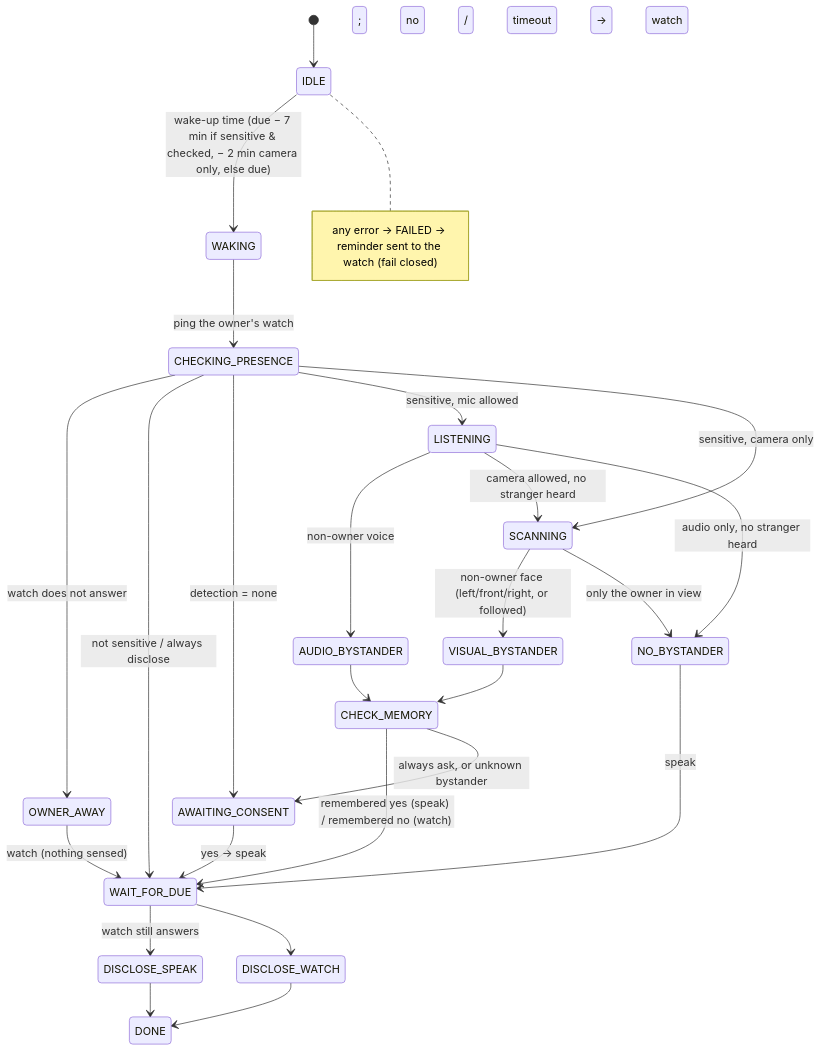
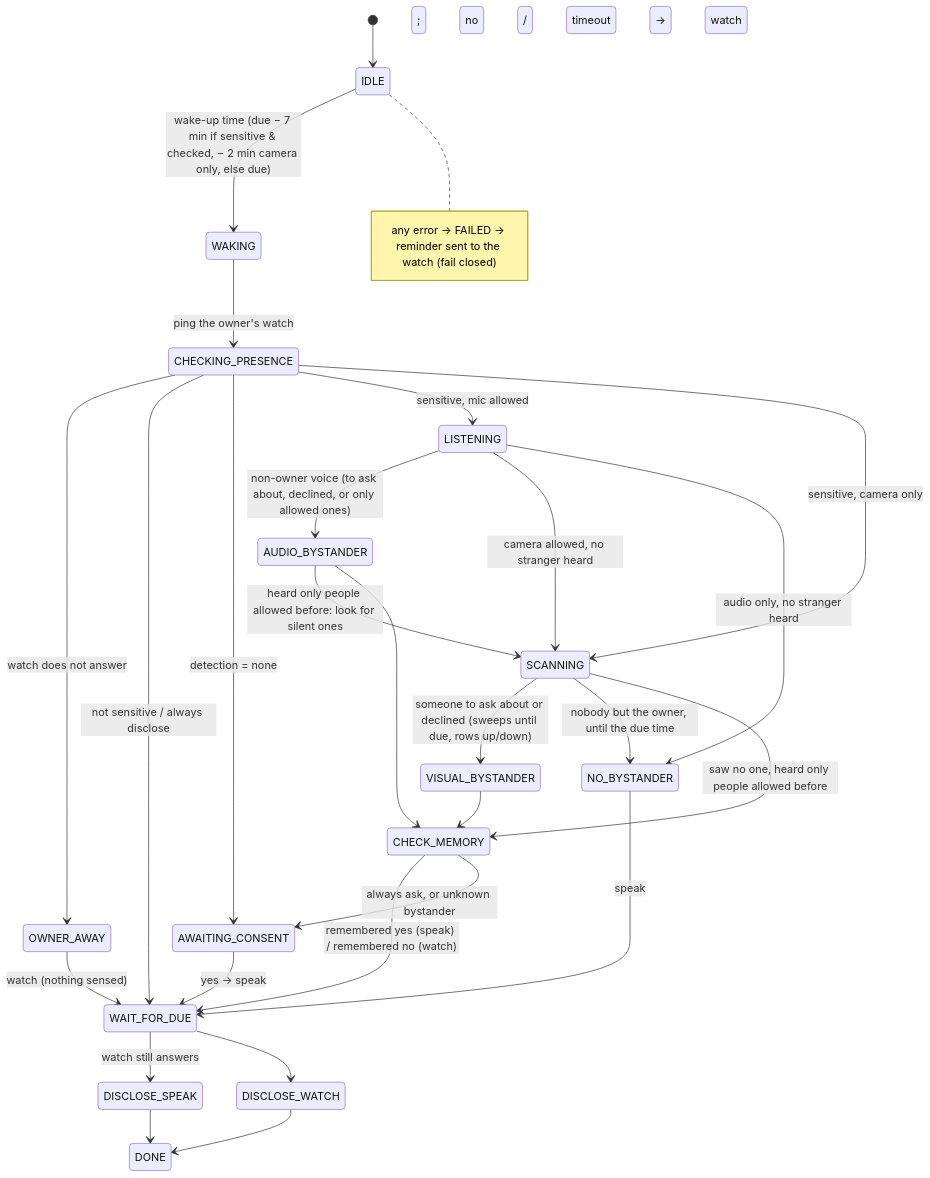
Before and after one commit to Aroosa-Batool/privacy-aware-social-robot: the diagram in docs/ARCHITECTURE.md, drawn with Mermaid. The commit also changed 34 other files, not shown here.

Commit message:
feat: add hea tilts and update the architecture of the bystanders

````diff
--- a/docs/ARCHITECTURE.md
+++ b/docs/ARCHITECTURE.md
@@ -67,28 +67,30 @@
 ```mermaid
 stateDiagram-v2
     [*] --> IDLE
     IDLE --> WAKING: wake-up time (due − 7 min if sensitive & checked, − 2 min camera only, else due)
     WAKING --> CHECKING_PRESENCE: ping the owner's watch
     CHECKING_PRESENCE --> OWNER_AWAY: watch does not answer
     OWNER_AWAY --> WAIT_FOR_DUE: watch (nothing sensed)
     CHECKING_PRESENCE --> WAIT_FOR_DUE: not sensitive / always disclose
     CHECKING_PRESENCE --> AWAITING_CONSENT: detection = none
     CHECKING_PRESENCE --> LISTENING: sensitive, mic allowed
     CHECKING_PRESENCE --> SCANNING: sensitive, camera only
-    LISTENING --> AUDIO_BYSTANDER: non-owner voice
+    LISTENING --> AUDIO_BYSTANDER: non-owner voice (to ask about, declined, or only allowed ones)
     LISTENING --> SCANNING: camera allowed, no stranger heard
     LISTENING --> NO_BYSTANDER: audio only, no stranger heard
-    SCANNING --> VISUAL_BYSTANDER: non-owner face (left/front/right, or followed)
-    SCANNING --> NO_BYSTANDER: only the owner in view
+    AUDIO_BYSTANDER --> SCANNING: heard only people allowed before: look for silent ones
+    SCANNING --> VISUAL_BYSTANDER: someone to ask about or declined (sweeps until due, rows up/down)
+    SCANNING --> NO_BYSTANDER: nobody but the owner, until the due time
+    SCANNING --> CHECK_MEMORY: saw no one, heard only people allowed before
     AUDIO_BYSTANDER --> CHECK_MEMORY
     VISUAL_BYSTANDER --> CHECK_MEMORY
     CHECK_MEMORY --> WAIT_FOR_DUE: remembered yes (speak) / remembered no (watch)
     CHECK_MEMORY --> AWAITING_CONSENT: always ask, or unknown bystander
     AWAITING_CONSENT --> WAIT_FOR_DUE: yes → speak; no / timeout → watch
     NO_BYSTANDER --> WAIT_FOR_DUE: speak
     WAIT_FOR_DUE --> DISCLOSE_SPEAK: watch still answers
     WAIT_FOR_DUE --> DISCLOSE_WATCH
     DISCLOSE_SPEAK --> DONE
     DISCLOSE_WATCH --> DONE
     note right of IDLE: any error → FAILED → reminder sent to the watch (fail closed)
 ```
````
